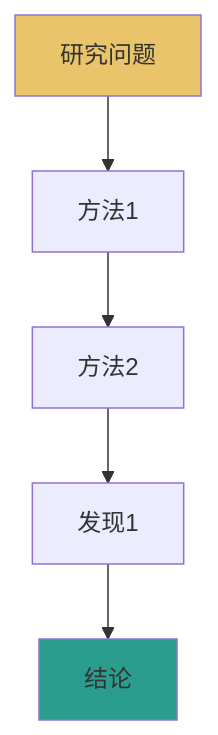
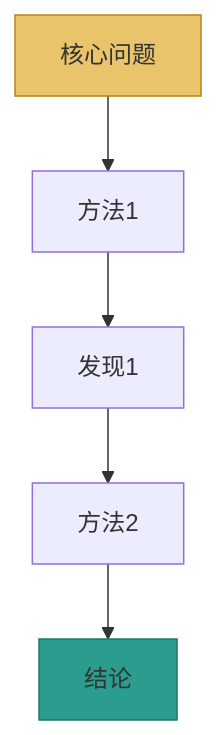
One commit to Elephenman/newbe changed the diagram in paper-deep-read/templates/single-paper/note-template.md. Above: the diagram before and after it, drawn with Mermaid. The commit also changed other lines of this file and 199 other files, not shown here.

````diff
--- a/paper-deep-read/templates/single-paper/note-template.md
+++ b/paper-deep-read/templates/single-paper/note-template.md
@@ -66,9 +77,9 @@
 ```mermaid
 graph TD
-    A[研究问题] --> B[方法1]
-    B --> C[方法2]
-    C --> D[发现1]
+    A[核心问题] --> B[方法1]
+    B --> C[发现1]
+    C --> D[方法2]
     D --> E[结论]
-    style A fill:#E9C46A
-    style E fill:#2A9D8F
+    style A fill:#E9C46A,stroke:#B8860B
+    style E fill:#2A9D8F,stroke:#1B7A6A
 ```
````
